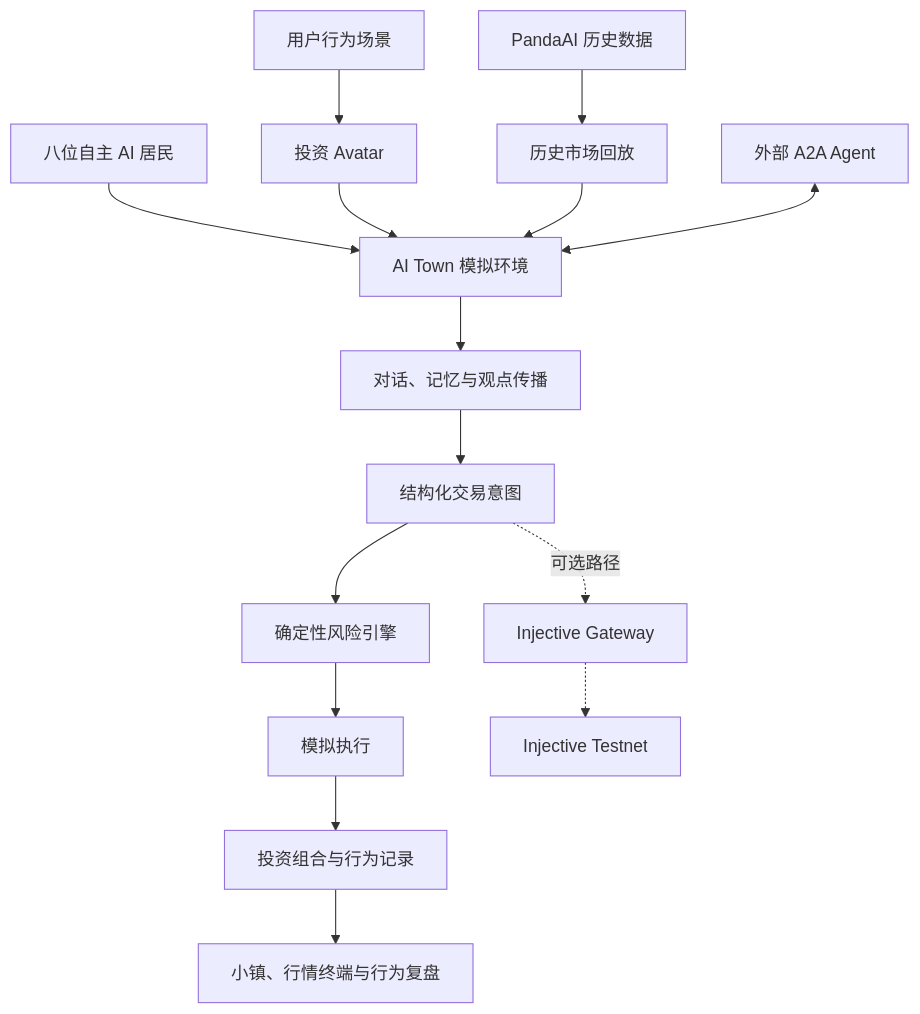
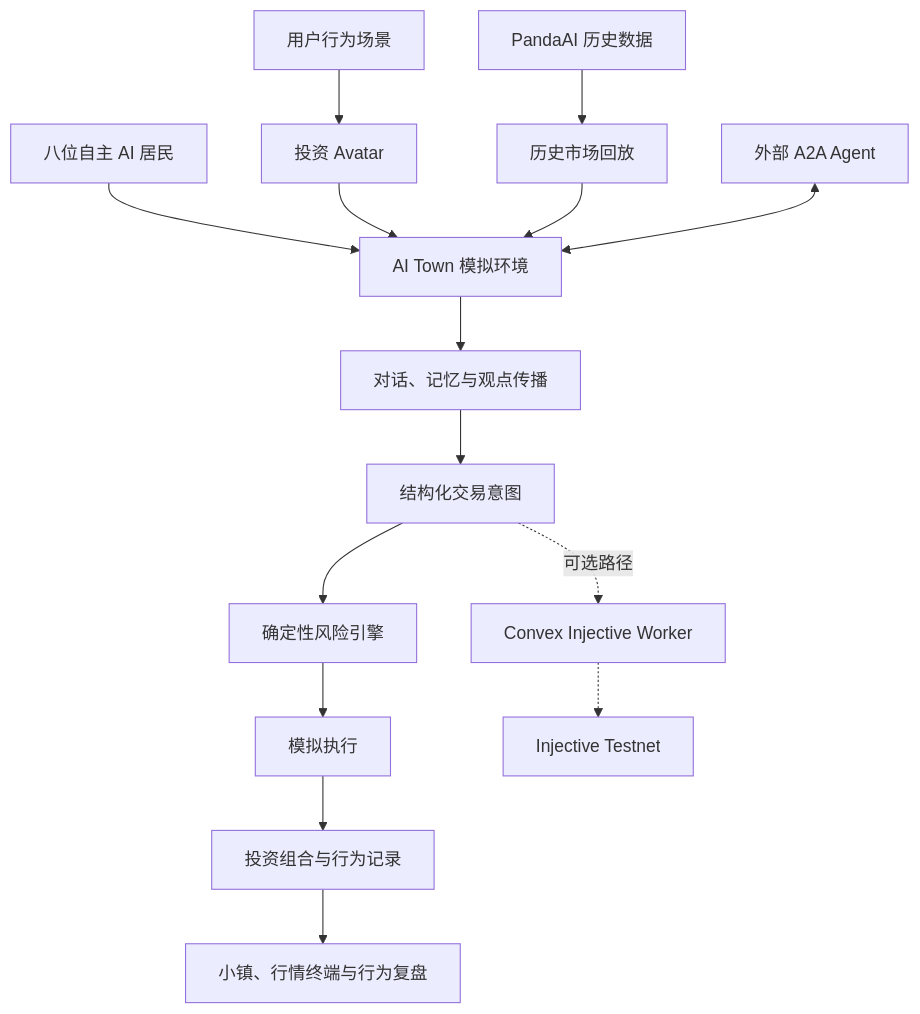
Before and after one commit to zonghaoyuan/trade-town: the second of 2 diagrams in README.zh-CN.md, drawn with Mermaid. The commit also changed other lines of this file and 23 other files, not shown here.

Commit message:
feat: run Injective trading from Convex

````diff
--- a/README.zh-CN.md
+++ b/README.zh-CN.md
@@ -198,20 +198,20 @@
 ```mermaid
 flowchart TB
     Panda["PandaAI 历史数据"] --> Replay["历史市场回放"]
     User["用户行为场景"] --> Avatar["投资 Avatar"]
     Residents["八位自主 AI 居民"] --> Simulation["AI Town 模拟环境"]
     Avatar --> Simulation
     Replay --> Simulation
 
     Simulation --> Conversation["对话、记忆与观点传播"]
     Conversation --> Intent["结构化交易意图"]
     Intent --> Risk["确定性风险引擎"]
     Risk --> Execution["模拟执行"]
     Execution --> Portfolio["投资组合与行为记录"]
     Portfolio --> UI["小镇、行情终端与行为复盘"]
 
     A2A["外部 A2A Agent"] <--> Simulation
 
-    Intent -. "可选路径" .-> Gateway["Injective Gateway"]
-    Gateway -.-> Testnet["Injective Testnet"]
+    Intent -. "可选路径" .-> Worker["Convex Injective Worker"]
+    Worker -.-> Testnet["Injective Testnet"]
 ```
````
